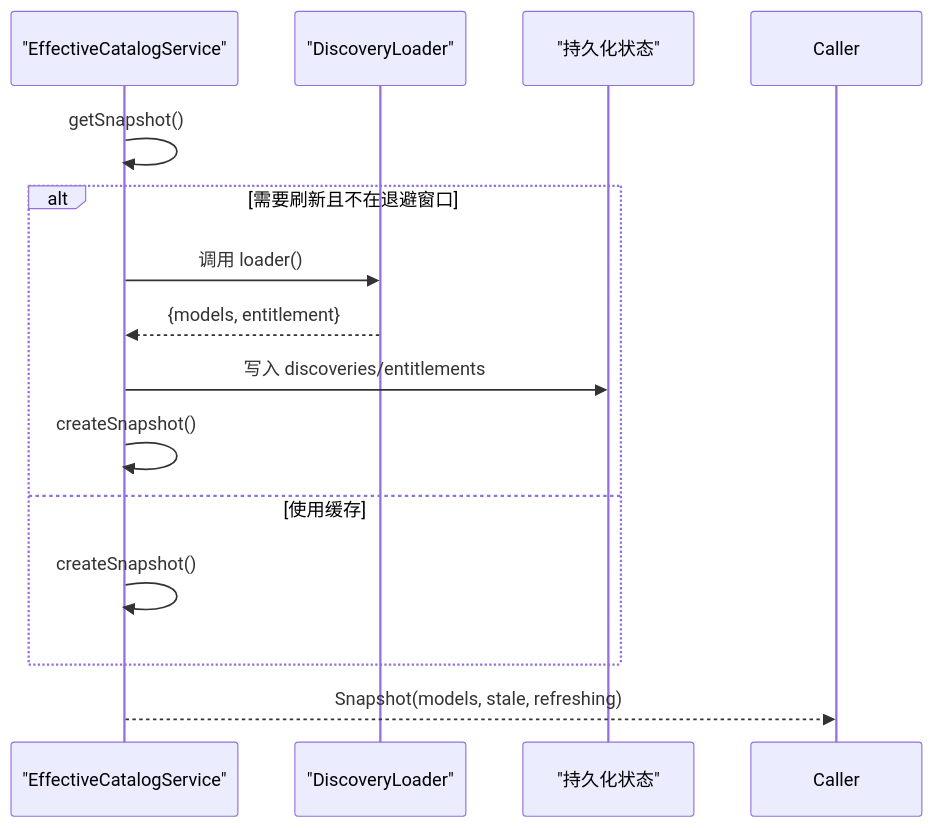
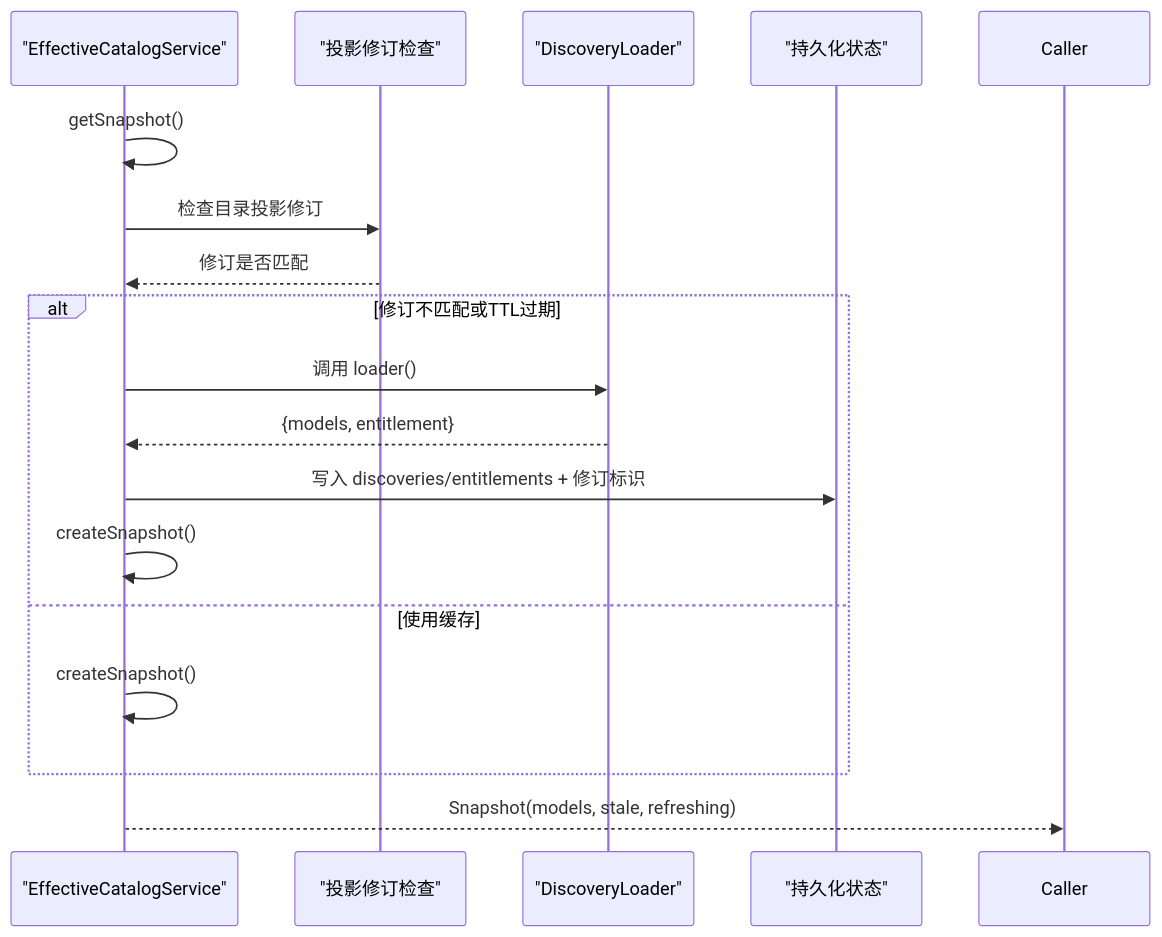
Before and after one commit to haolange/RDC-Agent: the fifth of 6 diagrams in .qoder/repowiki/zh/content/核心模块/Provider 系统/有效配置计算.md, drawn with Mermaid. The commit also changed other lines of this file and 12 other files, not shown here.

````diff
--- a/.qoder/repowiki/zh/content/核心模块/Provider 系统/有效配置计算.md
+++ b/.qoder/repowiki/zh/content/核心模块/Provider 系统/有效配置计算.md
@@ -167,16 +214,19 @@
 ```mermaid
 sequenceDiagram
 participant Svc as "EffectiveCatalogService"
+participant Proj as "投影修订检查"
 participant Ldr as "DiscoveryLoader"
 participant St as "持久化状态"
 Svc->>Svc : getSnapshot()
-alt 需要刷新且不在退避窗口
+Svc->>Proj : 检查目录投影修订
+Proj-->>Svc : 修订是否匹配
+alt 修订不匹配或TTL过期
 Svc->>Ldr : 调用 loader()
 Ldr-->>Svc : {models, entitlement}
-Svc->>St : 写入 discoveries/entitlements
+Svc->>St : 写入 discoveries/entitlements + 修订标识
 Svc->>Svc : createSnapshot()
 else 使用缓存
 Svc->>Svc : createSnapshot()
 end
 Svc-->>Caller : Snapshot(models, stale, refreshing)
 ```
````
